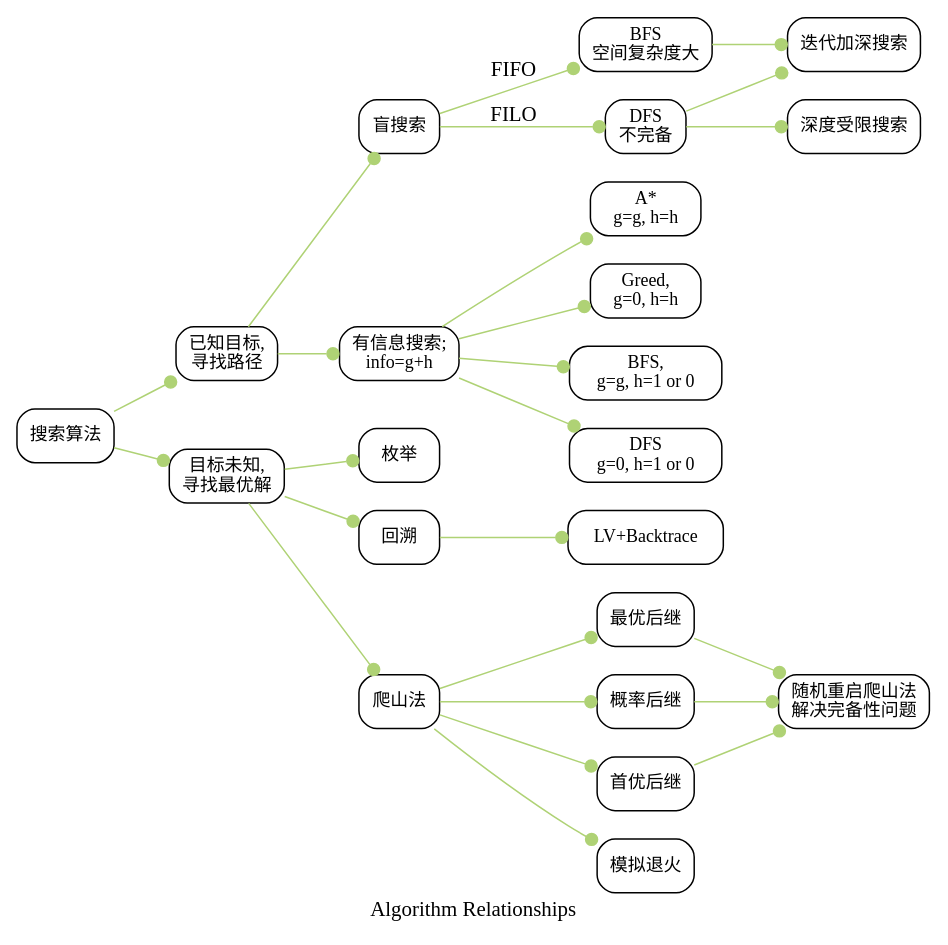
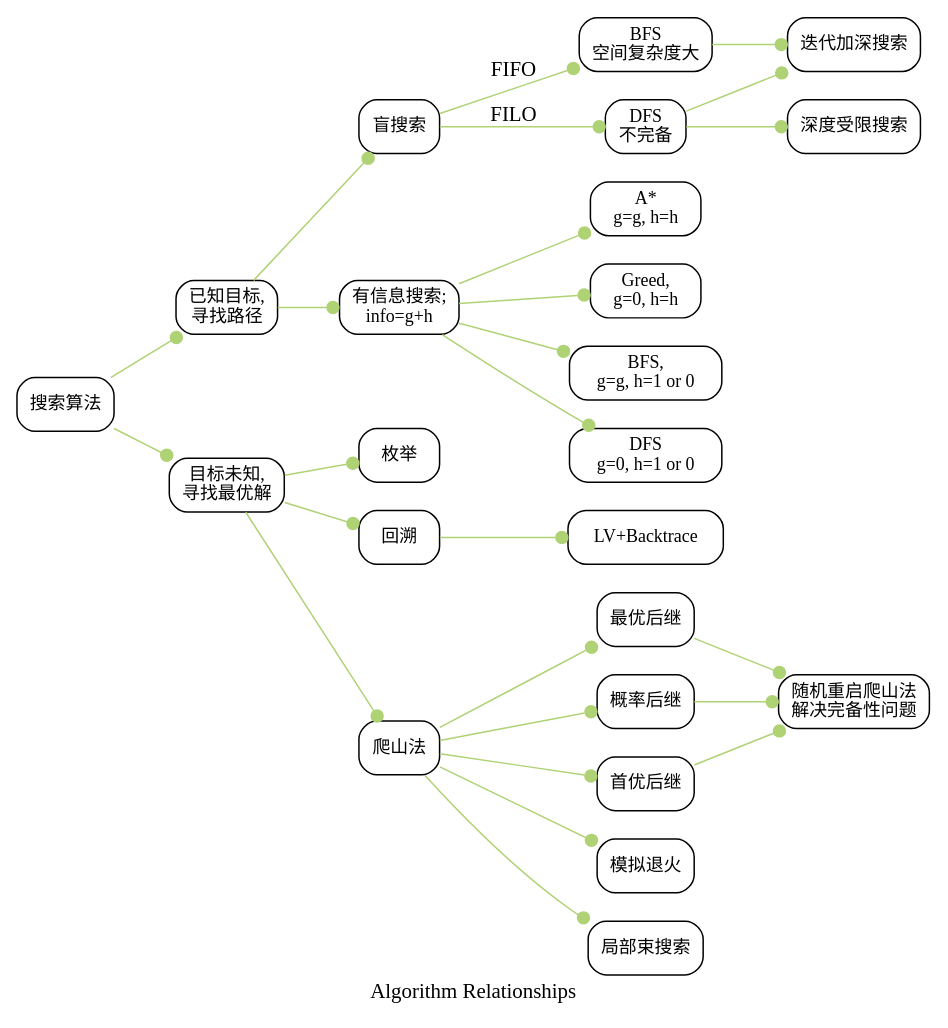
The diagram in AdvancedAI/AlgorithmRelations.md (foolishflyfox/CsLearnNote), drawn with Graphviz before and after one commit. The commit also changed 6 other files, not shown here.

Commit message:
solve TSP with enumerate/climb/local beam search

````diff
--- a/AdvancedAI/AlgorithmRelations.md
+++ b/AdvancedAI/AlgorithmRelations.md
@@ -10,44 +10,46 @@
 ```dot
 digraph{
     label="Algorithm Relationships"
     rankdir=LR
     node [shape=Mrecord, fontsize=12]
     edge [arrowhead=dot,color="#afd275"]
 
     root [label="搜索算法"]
     search_path [label="已知目标,\n寻找路径"]
     search_aim [label="目标未知,\n寻找最优解"]
     path_blind [label="盲搜索"]
     path_info [label="有信息搜索;\ninfo=g+h"]
     blind_BFS [label="BFS\n空间复杂度大"]
     blind_DFS [label="DFS\n不完备"]
     blind_LimitD [label="深度受限搜索"]
     blind_IDS [label="迭代加深搜索"]
     info_AStar [label="A\*\ng=g, h=h"]
     info_Greed [label="Greed,\ng=0, h=h"]
     info_BFS [label="BFS,\ng=g, h=1 or 0"]
     info_DFS [label="DFS\ng=0, h=1 or 0"]
 
     aim_enum [label="枚举"]
     aim_backtrace [label="回溯"]
     bt_lv [label="LV+Backtrace"]
     aim_climb [label="爬山法"]
     climb_best [label="最优后继"]
     climb_possibility [label="概率后继"]
     climb_first [label="首优后继"]
     climb_reset [label="随机重启爬山法\n解决完备性问题"]
     climb_simu_anneal [label="模拟退火"]
+    climb_local_beam [label="局部束搜索"]
 
     root->search_path,search_aim
     search_path->path_blind,path_info
     path_blind->blind_BFS[label="FIFO"]
     path_blind->blind_DFS[label="FILO"]
     path_info->info_AStar,info_Greed,info_BFS,info_DFS
     blind_BFS,blind_DFS->blind_IDS
     blind_DFS->blind_LimitD
     search_aim->aim_enum,aim_backtrace,aim_climb
     aim_backtrace->bt_lv
     aim_climb->climb_best,climb_possibility,climb_first->climb_reset
     aim_climb->climb_simu_anneal
+    aim_climb->climb_local_beam
 }
 ```
````
